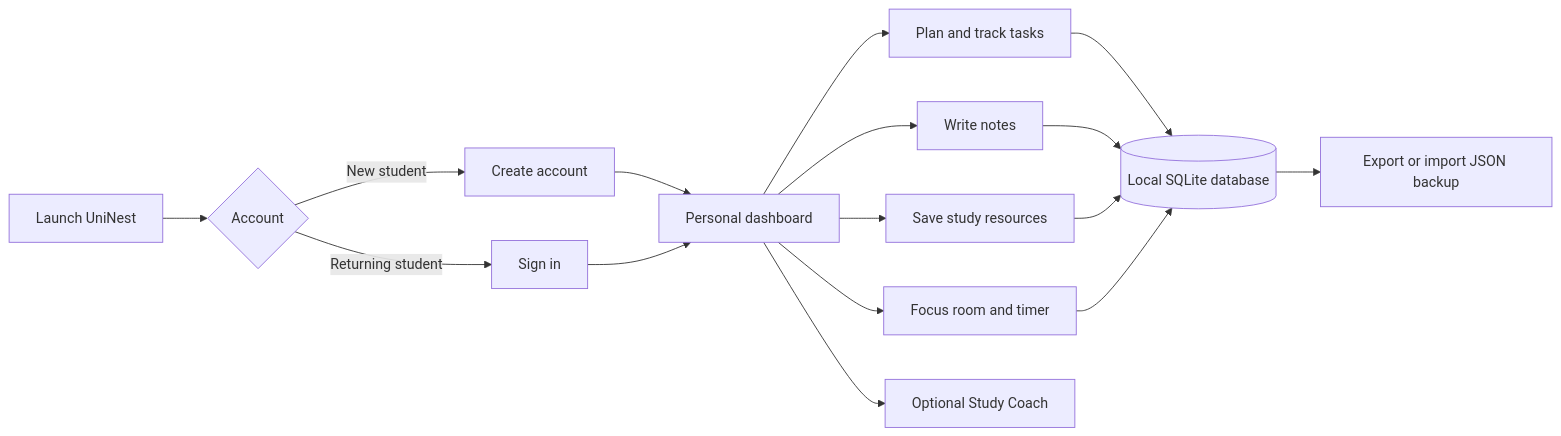
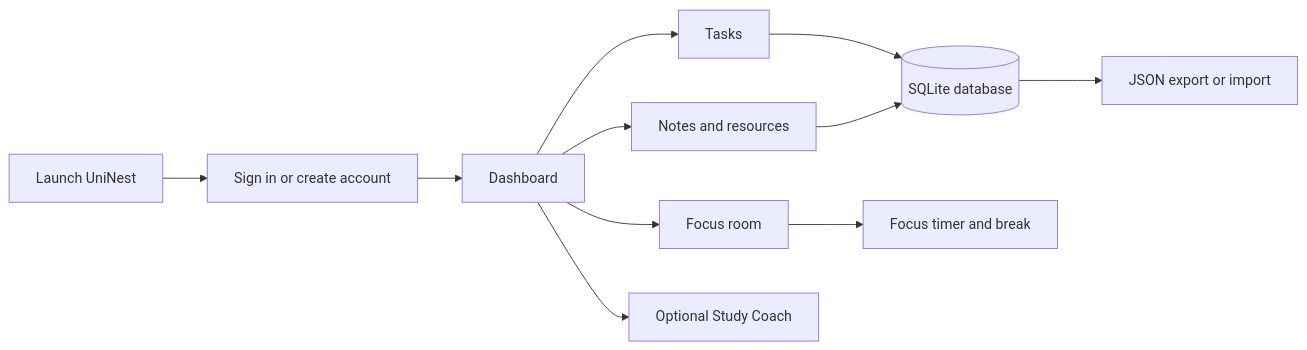
One commit to bazsayyad/Personal-Study-Planner changed the diagram in README.md. Above: the diagram before and after it, drawn with Mermaid. The commit also changed other lines of this file and 4 other files, not shown here.

Commit message:
various changes and buzzer to focus room

````diff
--- a/README.md
+++ b/README.md
@@ -7,18 +50,13 @@
 ```mermaid
 flowchart LR
-    A[Launch UniNest] --> B{Account}
-    B -->|New student| C[Create account]
-    B -->|Returning student| D[Sign in]
-    C --> E[Personal dashboard]
-    D --> E
-    E --> F[Plan and track tasks]
-    E --> G[Write notes]
-    E --> H[Save study resources]
-    E --> I[Focus room and timer]
-    E --> N[Optional Study Coach]
-    F --> J[(Local SQLite database)]
-    G --> J
-    H --> J
-    I --> J
-    J --> K[Export or import JSON backup]
+    A[Launch UniNest] --> B[Sign in or create account]
+    B --> C[Dashboard]
+    C --> D[Tasks]
+    C --> E[Notes and resources]
+    C --> F[Focus room]
+    D --> G[(SQLite database)]
+    E --> G
+    F --> H[Focus timer and break]
+    C --> I[Optional Study Coach]
+    G --> J[JSON export or import]
 ```
````
